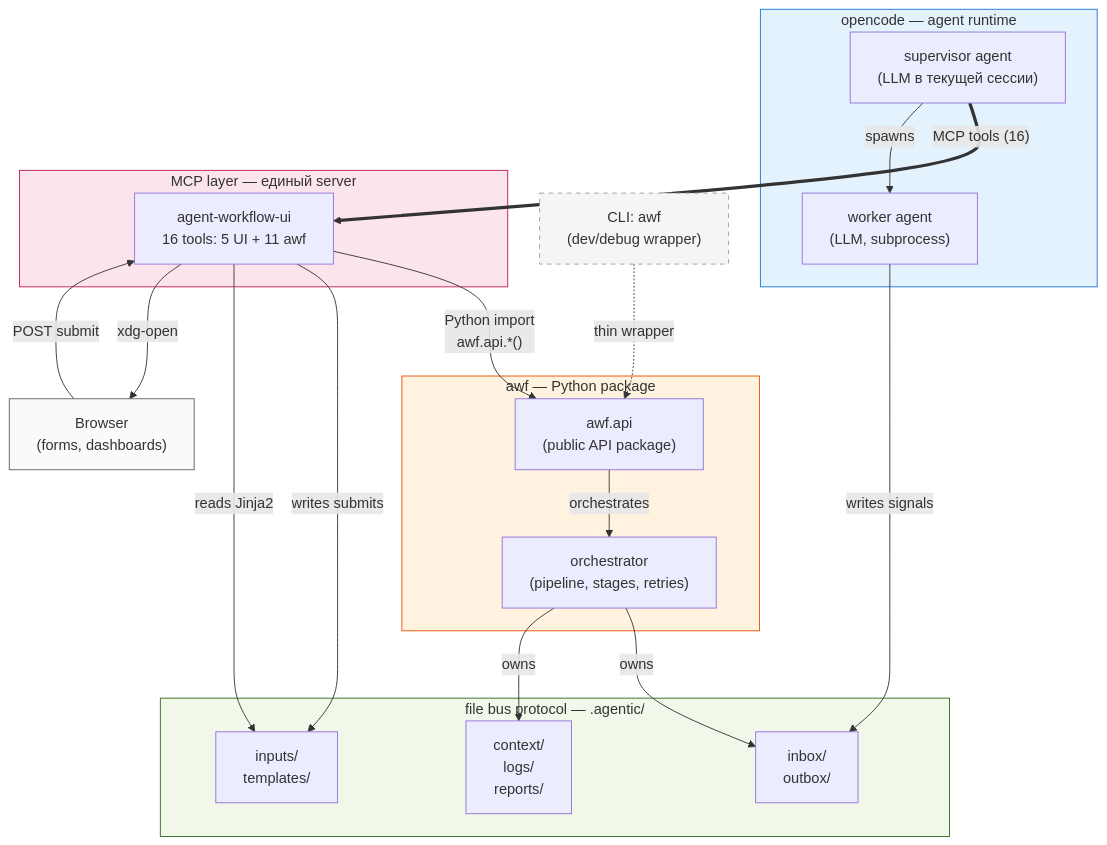
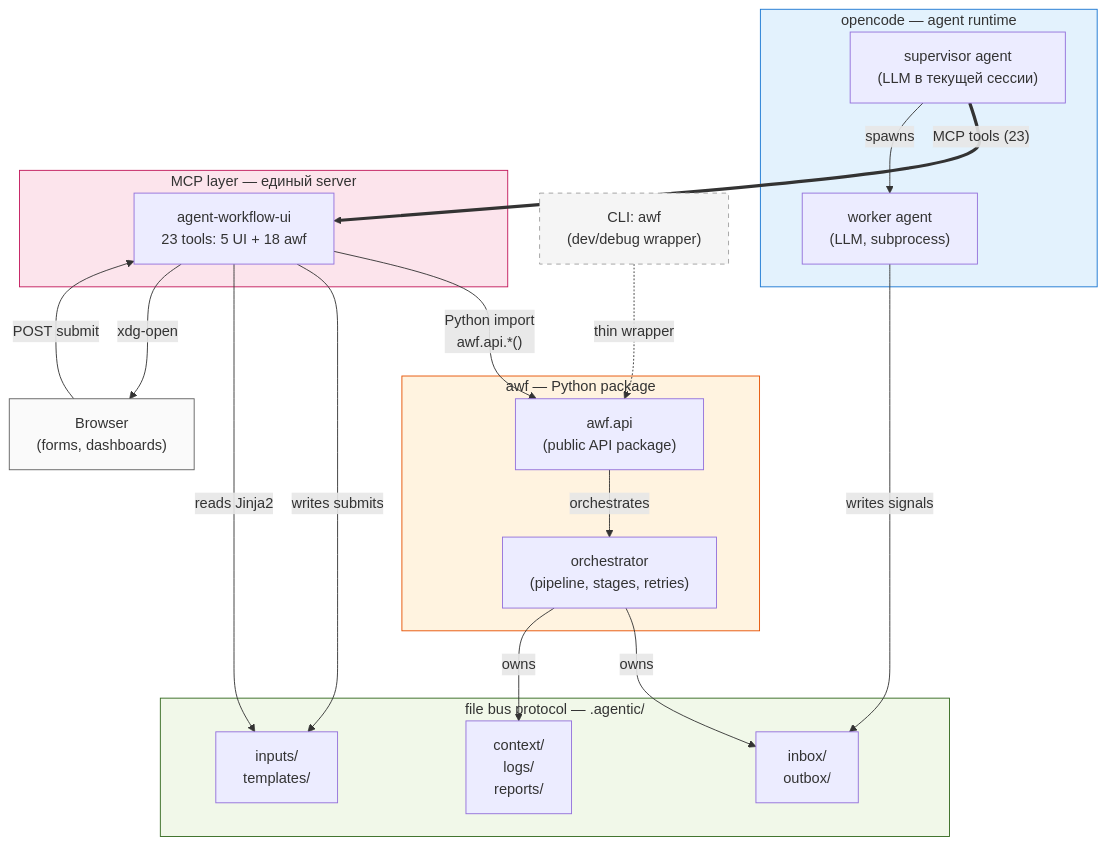
The diagram in vision/architecture.md (EnerJizeIT/agentic-workflow), drawn with Mermaid before and after one commit. The commit also changed other lines of this file and 6 other files, not shown here.

````diff
--- a/vision/architecture.md
+++ b/vision/architecture.md
@@ -42,48 +42,48 @@
 ```mermaid
 flowchart TD
     subgraph oc["opencode — agent runtime"]
         SA["supervisor agent<br/>(LLM в текущей сессии)"]
         WA["worker agent<br/>(LLM, subprocess)"]
     end
 
     subgraph mcp["MCP layer — единый server"]
-        PLUGIN["agent-workflow-ui<br/>16 tools: 5 UI + 11 awf"]
+        PLUGIN["agent-workflow-ui<br/>23 tools: 5 UI + 18 awf"]
     end
 
     subgraph awf_pkg["awf — Python package"]
         API["awf.api<br/>(public API package)"]
         ORCH["orchestrator<br/>(pipeline, stages, retries)"]
     end
 
     subgraph bus["file bus protocol — .agentic/"]
         IN["inbox/<br/>outbox/"]
         INPUTS["inputs/<br/>templates/"]
         CTX["context/<br/>logs/<br/>reports/"]
     end
 
     BR["Browser<br/>(forms, dashboards)"]
     CLI["CLI: awf<br/>(dev/debug wrapper)"]
 
-    SA ==>|"MCP tools (16)"| PLUGIN
+    SA ==>|"MCP tools (23)"| PLUGIN
     SA -->|"spawns"| WA
     CLI -.->|"thin wrapper"| API
 
     PLUGIN -->|"Python import<br/>awf.api.*()"| API
     PLUGIN -->|"writes submits"| INPUTS
     PLUGIN -->|"reads Jinja2"| INPUTS
     PLUGIN -->|"xdg-open"| BR
     BR -->|"POST submit"| PLUGIN
 
     API -->|"orchestrates"| ORCH
     ORCH -->|"owns"| IN
     ORCH -->|"owns"| CTX
 
     WA -->|"writes signals"| IN
 
     style oc fill:#e3f2fd,stroke:#1976d2
     style mcp fill:#fce4ec,stroke:#c2185b
     style awf_pkg fill:#fff3e0,stroke:#e65100
     style bus fill:#f1f8e9,stroke:#33691e
     style BR fill:#fafafa,stroke:#616161
     style CLI fill:#f5f5f5,stroke:#9e9e9e,stroke-dasharray: 5 5
 ```
````
